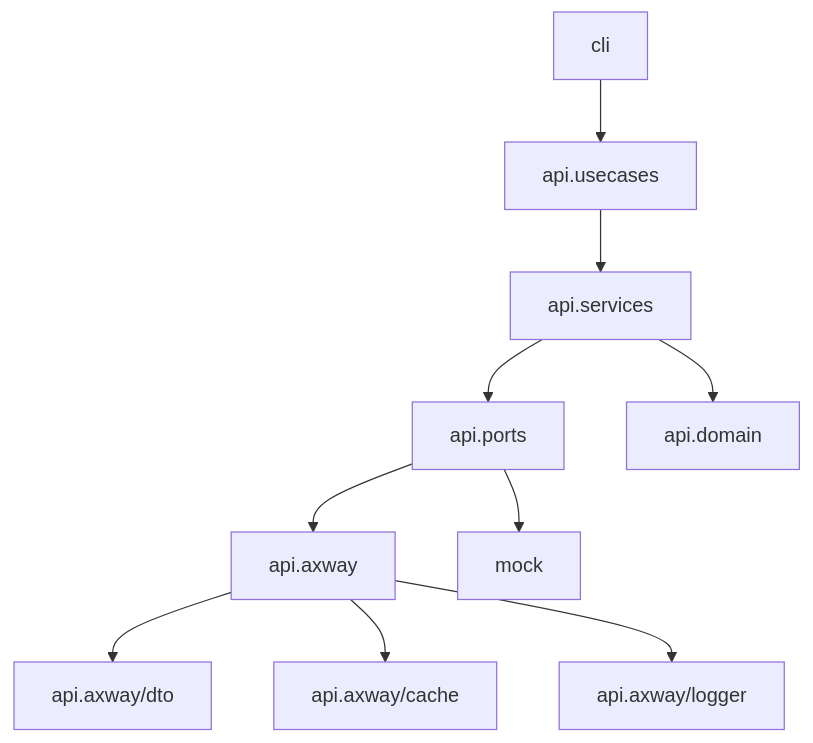
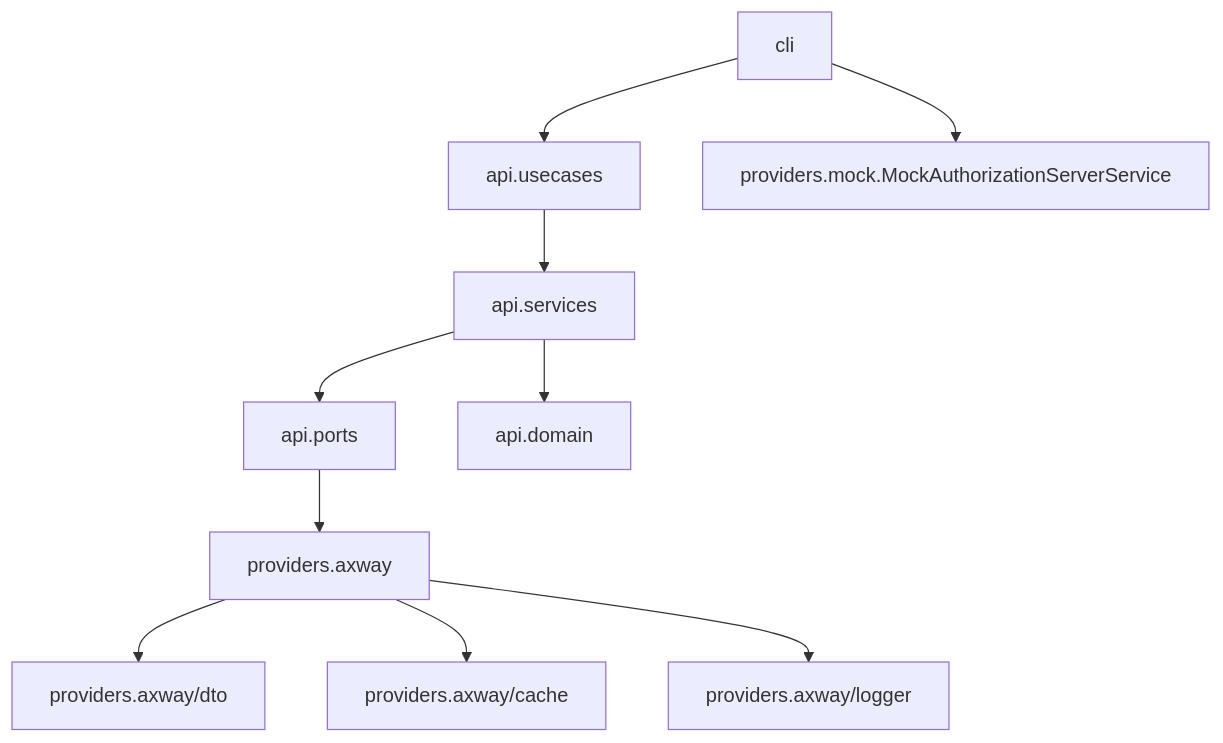
The first of 2 diagrams in docs/architecture.md (alluiz/scope-handler), drawn with Mermaid before and after one commit. The commit also changed other lines of this file and 30 other files, not shown here.

````diff
--- a/docs/architecture.md
+++ b/docs/architecture.md
@@ -6,12 +6,12 @@
 ```mermaid
 flowchart TB
     CLI[cli] --> UseCases[api.usecases]
+    CLI --> MockClient[providers.mock.MockAuthorizationServerService]
     UseCases --> Services[api.services]
     Services --> Ports[api.ports]
-    Ports --> Axway[api.axway]
-    Ports --> Mock[mock]
+    Ports --> Axway[providers.axway]
     Services --> Domain[api.domain]
-    Axway --> AxwayDTOs[api.axway/dto]
-    Axway --> AxwayCache[api.axway/cache]
-    Axway --> AxwayLogger[api.axway/logger]
+    Axway --> AxwayDTOs[providers.axway/dto]
+    Axway --> AxwayCache[providers.axway/cache]
+    Axway --> AxwayLogger[providers.axway/logger]
 ```
````
